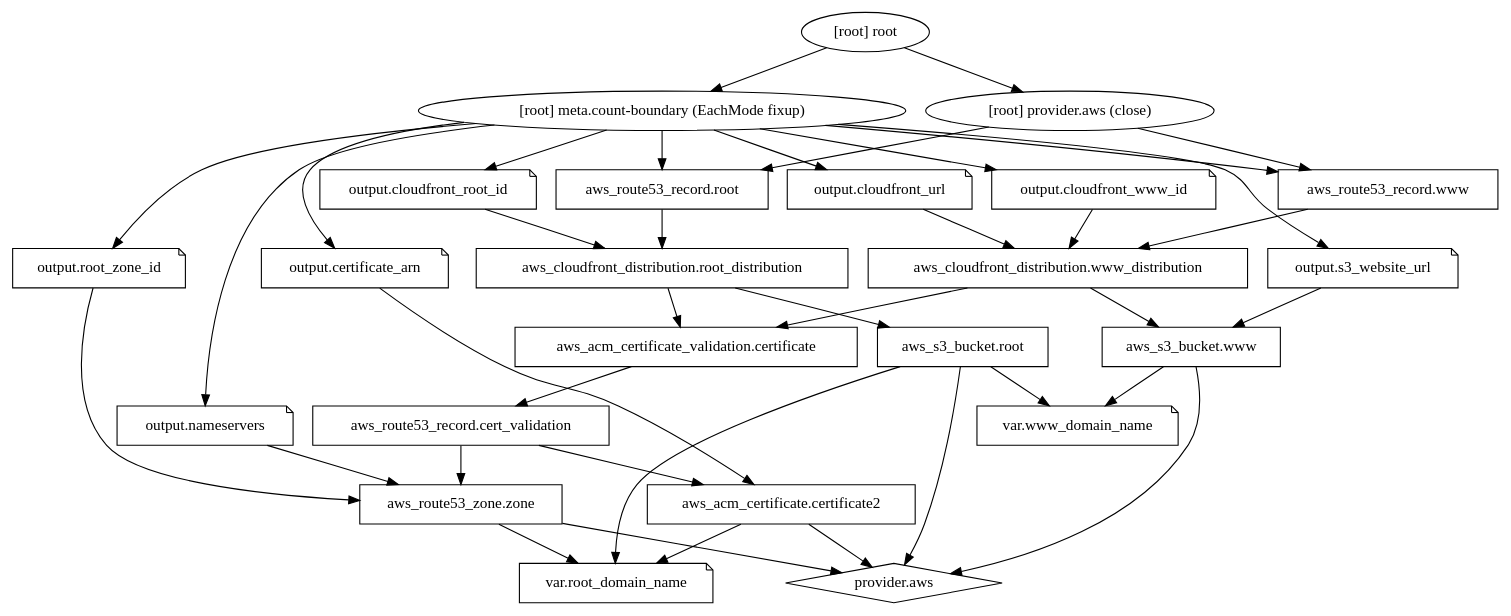
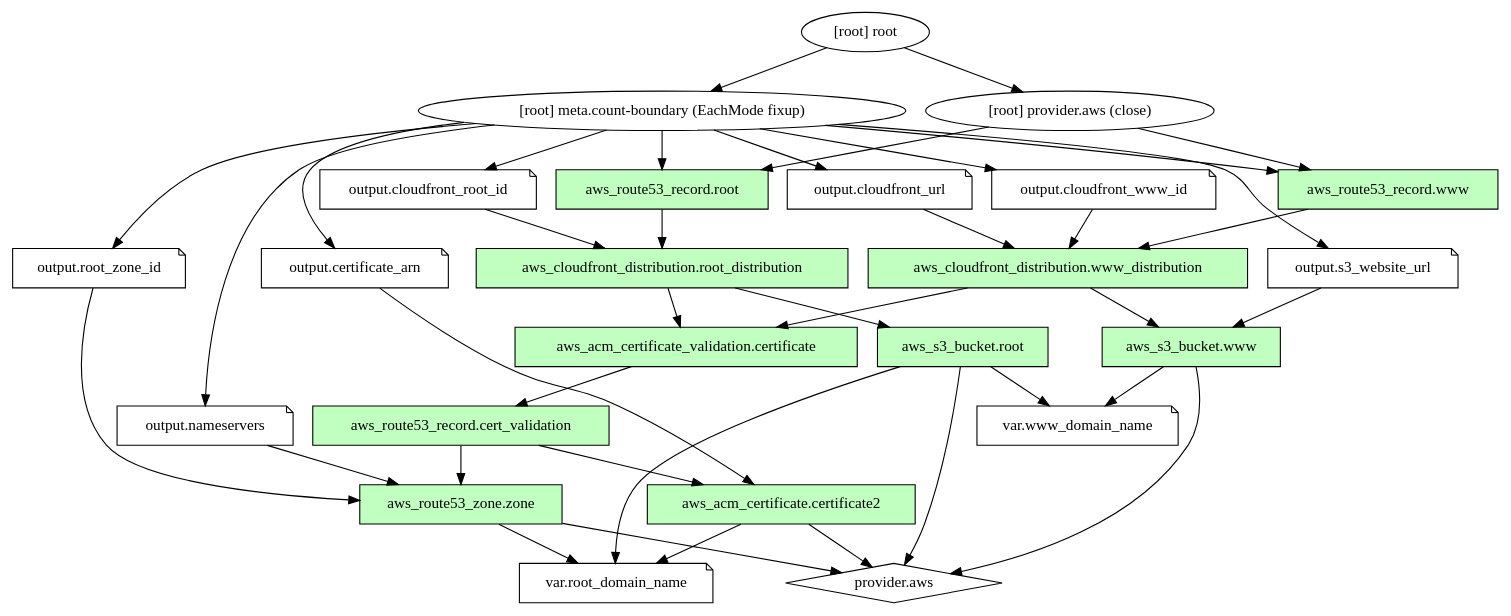
Before and after one commit to grocky/rockygray.com: the diagram in infrastructure/graph.dot, drawn with Graphviz.

Commit message:
highlight resources

```diff
--- a/infrastructure/graph.dot
+++ b/infrastructure/graph.dot
@@ -1,64 +1,65 @@
 digraph {
 	compound = "true"
 	newrank = "true"
 	subgraph "root" {
-		"[root] aws_acm_certificate.certificate2" [label = "aws_acm_certificate.certificate2", shape = "box"]
-		"[root] aws_acm_certificate_validation.certificate" [label = "aws_acm_certificate_validation.certificate", shape = "box"]
-		"[root] aws_cloudfront_distribution.root_distribution" [label = "aws_cloudfront_distribution.root_distribution", shape = "box"]
-		"[root] aws_cloudfront_distribution.www_distribution" [label = "aws_cloudfront_distribution.www_distribution", shape = "box"]
-		"[root] aws_route53_record.cert_validation" [label = "aws_route53_record.cert_validation", shape = "box"]
-		"[root] aws_route53_record.root" [label = "aws_route53_record.root", shape = "box"]
-		"[root] aws_route53_record.www" [label = "aws_route53_record.www", shape = "box"]
-		"[root] aws_route53_zone.zone" [label = "aws_route53_zone.zone", shape = "box"]
-		"[root] aws_s3_bucket.root" [label = "aws_s3_bucket.root", shape = "box"]
-		"[root] aws_s3_bucket.www" [label = "aws_s3_bucket.www", shape = "box"]
+		"[root] aws_acm_certificate.certificate2" [ fillcolor="darkseagreen1" style=filled label = "aws_acm_certificate.certificate2", shape = "box"]
+		"[root] aws_acm_certificate_validation.certificate" [ fillcolor="darkseagreen1" style=filled label = "aws_acm_certificate_validation.certificate", shape = "box"]
+		"[root] aws_cloudfront_distribution.root_distribution" [ fillcolor="darkseagreen1" style=filled label = "aws_cloudfront_distribution.root_distribution", shape = "box"]
+		"[root] aws_cloudfront_distribution.www_distribution" [ fillcolor="darkseagreen1" style=filled label = "aws_cloudfront_distribution.www_distribution", shape = "box"]
+		"[root] aws_route53_record.cert_validation" [ fillcolor="darkseagreen1" style=filled label = "aws_route53_record.cert_validation", shape = "box"]
+		"[root] aws_route53_record.root" [ fillcolor="darkseagreen1" style=filled label = "aws_route53_record.root", shape = "box"]
+		"[root] aws_route53_record.www" [ fillcolor="darkseagreen1" style=filled label = "aws_route53_record.www", shape = "box"]
+		"[root] aws_route53_zone.zone" [fillcolor="darkseagreen1" style=filled label = "aws_route53_zone.zone", shape = "box"]
+		"[root] aws_s3_bucket.root" [fillcolor="darkseagreen1" style=filled label = "aws_s3_bucket.root", shape = "box"]
+		"[root] aws_s3_bucket.www" [fillcolor="darkseagreen1" style=filled label = "aws_s3_bucket.www", shape = "box"]
 		"[root] output.certificate_arn" [label = "output.certificate_arn", shape = "note"]
 		"[root] output.cloudfront_root_id" [label = "output.cloudfront_root_id", shape = "note"]
 		"[root] output.cloudfront_url" [label = "output.cloudfront_url", shape = "note"]
 		"[root] output.cloudfront_www_id" [label = "output.cloudfront_www_id", shape = "note"]
 		"[root] output.nameservers" [label = "output.nameservers", shape = "note"]
 		"[root] output.root_zone_id" [label = "output.root_zone_id", shape = "note"]
 		"[root] output.s3_website_url" [label = "output.s3_website_url", shape = "note"]
 		"[root] provider.aws" [label = "provider.aws", shape = "diamond"]
 		"[root] var.root_domain_name" [label = "var.root_domain_name", shape = "note"]
 		"[root] var.www_domain_name" [label = "var.www_domain_name", shape = "note"]
+
 		"[root] aws_acm_certificate.certificate2" -> "[root] provider.aws"
 		"[root] aws_acm_certificate.certificate2" -> "[root] var.root_domain_name"
 		"[root] aws_acm_certificate_validation.certificate" -> "[root] aws_route53_record.cert_validation"
 		"[root] aws_cloudfront_distribution.root_distribution" -> "[root] aws_acm_certificate_validation.certificate"
 		"[root] aws_cloudfront_distribution.root_distribution" -> "[root] aws_s3_bucket.root"
 		"[root] aws_cloudfront_distribution.www_distribution" -> "[root] aws_acm_certificate_validation.certificate"
 		"[root] aws_cloudfront_distribution.www_distribution" -> "[root] aws_s3_bucket.www"
 		"[root] aws_route53_record.cert_validation" -> "[root] aws_acm_certificate.certificate2"
 		"[root] aws_route53_record.cert_validation" -> "[root] aws_route53_zone.zone"
 		"[root] aws_route53_record.root" -> "[root] aws_cloudfront_distribution.root_distribution"
 		"[root] aws_route53_record.www" -> "[root] aws_cloudfront_distribution.www_distribution"
 		"[root] aws_route53_zone.zone" -> "[root] provider.aws"
 		"[root] aws_route53_zone.zone" -> "[root] var.root_domain_name"
 		"[root] aws_s3_bucket.root" -> "[root] provider.aws"
 		"[root] aws_s3_bucket.root" -> "[root] var.root_domain_name"
 		"[root] aws_s3_bucket.root" -> "[root] var.www_domain_name"
 		"[root] aws_s3_bucket.www" -> "[root] provider.aws"
 		"[root] aws_s3_bucket.www" -> "[root] var.www_domain_name"
 		"[root] meta.count-boundary (EachMode fixup)" -> "[root] aws_route53_record.root"
 		"[root] meta.count-boundary (EachMode fixup)" -> "[root] aws_route53_record.www"
 		"[root] meta.count-boundary (EachMode fixup)" -> "[root] output.certificate_arn"
 		"[root] meta.count-boundary (EachMode fixup)" -> "[root] output.cloudfront_root_id"
 		"[root] meta.count-boundary (EachMode fixup)" -> "[root] output.cloudfront_url"
 		"[root] meta.count-boundary (EachMode fixup)" -> "[root] output.cloudfront_www_id"
 		"[root] meta.count-boundary (EachMode fixup)" -> "[root] output.nameservers"
 		"[root] meta.count-boundary (EachMode fixup)" -> "[root] output.root_zone_id"
 		"[root] meta.count-boundary (EachMode fixup)" -> "[root] output.s3_website_url"
 		"[root] output.certificate_arn" -> "[root] aws_acm_certificate.certificate2"
 		"[root] output.cloudfront_root_id" -> "[root] aws_cloudfront_distribution.root_distribution"
 		"[root] output.cloudfront_url" -> "[root] aws_cloudfront_distribution.www_distribution"
 		"[root] output.cloudfront_www_id" -> "[root] aws_cloudfront_distribution.www_distribution"
 		"[root] output.nameservers" -> "[root] aws_route53_zone.zone"
 		"[root] output.root_zone_id" -> "[root] aws_route53_zone.zone"
 		"[root] output.s3_website_url" -> "[root] aws_s3_bucket.www"
 		"[root] provider.aws (close)" -> "[root] aws_route53_record.root"
 		"[root] provider.aws (close)" -> "[root] aws_route53_record.www"
 		"[root] root" -> "[root] meta.count-boundary (EachMode fixup)"
 		"[root] root" -> "[root] provider.aws (close)"
 	}
 }
```
